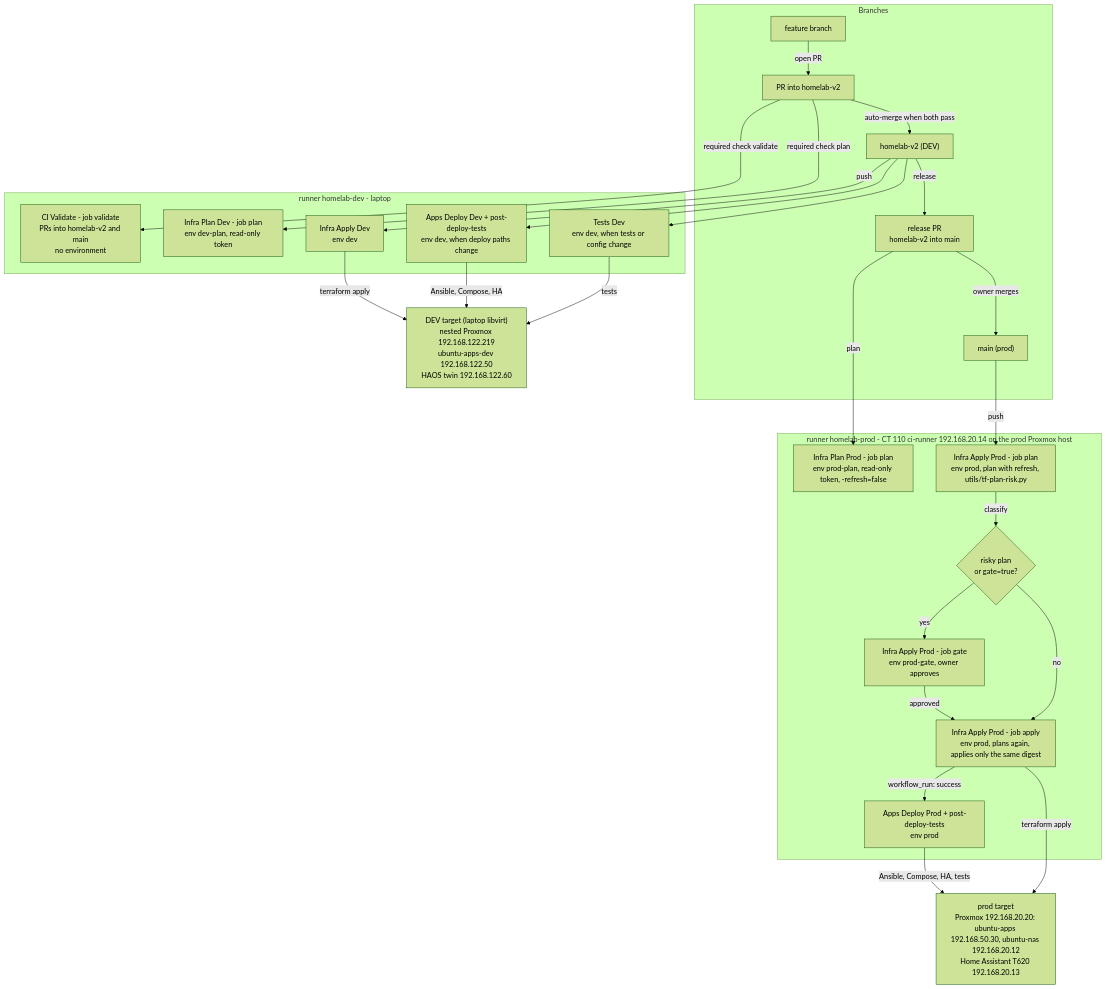
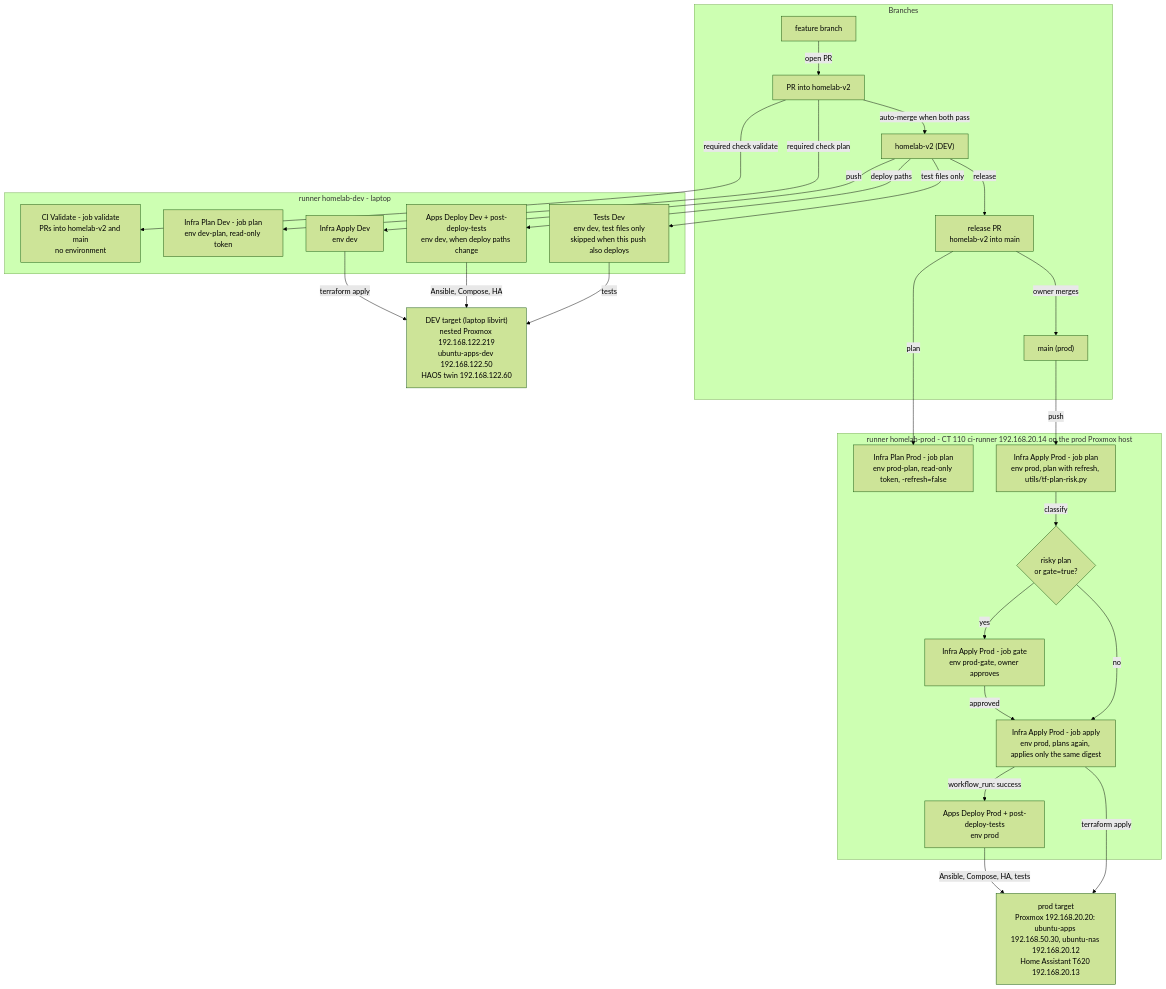
The second of 3 diagrams in README.md (DaveKadziola/homelab), drawn with Mermaid (forest theme) before and after one commit. The commit also changed other lines of this file and 3 other files, not shown here.

First line of the commit message:
fix(f1): run DEV tests after the deploy

````diff
--- a/README.md
+++ b/README.md
@@ -107,48 +108,48 @@
 ```mermaid
 flowchart TB
   devt["DEV target (laptop libvirt)<br/>nested Proxmox 192.168.122.219<br/>ubuntu-apps-dev 192.168.122.50<br/>HAOS twin 192.168.122.60"]
   prodt["prod target<br/>Proxmox 192.168.20.20: ubuntu-apps 192.168.50.30, ubuntu-nas 192.168.20.12<br/>Home Assistant T620 192.168.20.13"]
   subgraph git ["Branches"]
     fb["feature branch"]
     prv2["PR into homelab-v2"]
     v2["homelab-v2 (DEV)"]
     prm["release PR<br/>homelab-v2 into main"]
     main["main (prod)"]
   end
   subgraph rdev ["runner homelab-dev - laptop"]
     val["CI Validate - job validate<br/>PRs into homelab-v2 and main<br/>no environment"]
     pld["Infra Plan Dev - job plan<br/>env dev-plan, read-only token"]
     apd["Infra Apply Dev<br/>env dev"]
     dpd["Apps Deploy Dev + post-deploy-tests<br/>env dev, when deploy paths change"]
-    td["Tests Dev<br/>env dev, when tests or config change"]
+    td["Tests Dev<br/>env dev, test files only<br/>skipped when this push also deploys"]
   end
   subgraph rprod ["runner homelab-prod - CT 110 ci-runner 192.168.20.14 on the prod Proxmox host"]
     plp["Infra Plan Prod - job plan<br/>env prod-plan, read-only token, -refresh=false"]
     iap["Infra Apply Prod - job plan<br/>env prod, plan with refresh, utils/tf-plan-risk.py"]
     risk{"risky plan<br/>or gate=true?"}
     gate["Infra Apply Prod - job gate<br/>env prod-gate, owner approves"]
     apply["Infra Apply Prod - job apply<br/>env prod, plans again, applies only the same digest"]
     dpp["Apps Deploy Prod + post-deploy-tests<br/>env prod"]
   end
   fb -->|"open PR"| prv2
   prv2 -->|"required check validate"| val
   prv2 -->|"required check plan"| pld
   prv2 -->|"auto-merge when both pass"| v2
   v2 -->|"push"| apd
-  v2 --> dpd
-  v2 --> td
+  v2 -->|"deploy paths"| dpd
+  v2 -->|"test files only"| td
   apd -->|"terraform apply"| devt
   dpd -->|"Ansible, Compose, HA"| devt
   td -->|"tests"| devt
   v2 -->|"release"| prm
   prm -->|"plan"| plp
   prm -->|"owner merges"| main
   main -->|"push"| iap
   iap -->|"classify"| risk
   risk -->|"yes"| gate
   risk -->|"no"| apply
   gate -->|"approved"| apply
   apply -->|"workflow_run: success"| dpp
   apply -->|"terraform apply"| prodt
   dpp -->|"Ansible, Compose, HA, tests"| prodt
 ```
````
